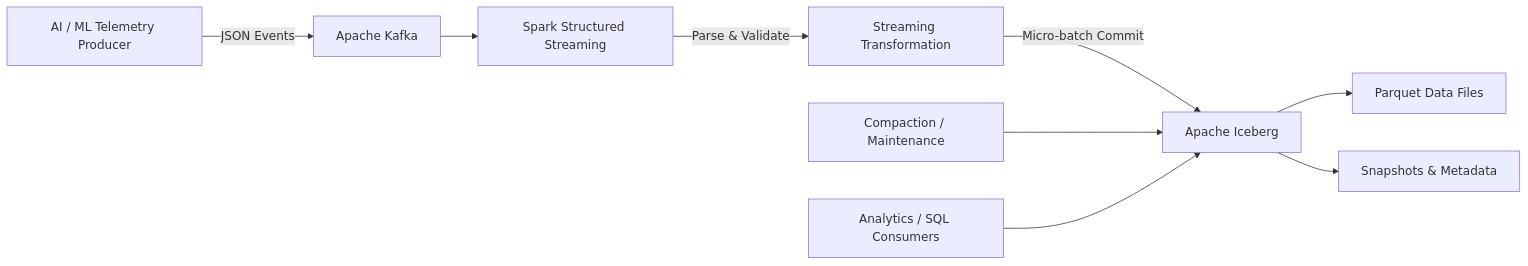
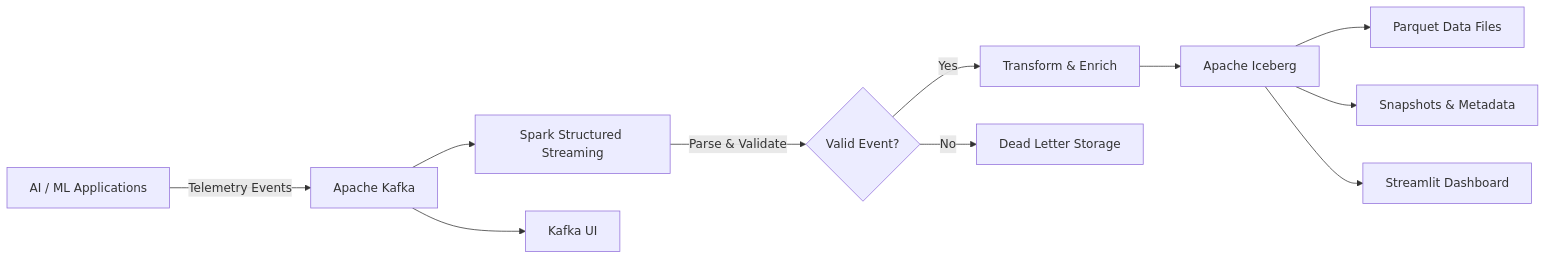
One commit to ashokraminedi/realtime-ai-telemetry-platform changed the diagram in README.md. Above: the diagram before and after it, drawn with Mermaid. The commit also changed other lines of this file and 10 other files, not shown here.

````diff
--- a/README.md
+++ b/README.md
@@ -9,16 +22,19 @@
 ```mermaid
 flowchart LR
-    A[AI / ML Telemetry Producer]
-        -->|JSON Events| B[Apache Kafka]
+    A[AI / ML Applications] -->|Telemetry Events| B[Apache Kafka]
 
     B --> C[Spark Structured Streaming]
 
-    C -->|Parse & Validate| D[Streaming Transformation]
-    D -->|Micro-batch Commit| E[Apache Iceberg]
+    C -->|Parse & Validate| D{Valid Event?}
 
-    E --> F[Parquet Data Files]
-    E --> G[Snapshots & Metadata]
+    D -->|Yes| E[Transform & Enrich]
+    D -->|No| F[Dead Letter Storage]
 
-    H[Compaction / Maintenance] --> E
-    I[Analytics / SQL Consumers] --> E
+    E --> G[Apache Iceberg]
+
+    G --> H[Parquet Data Files]
+    G --> I[Snapshots & Metadata]
+    G --> J[Streamlit Dashboard]
+
+    B --> K[Kafka UI]
 ```
````
